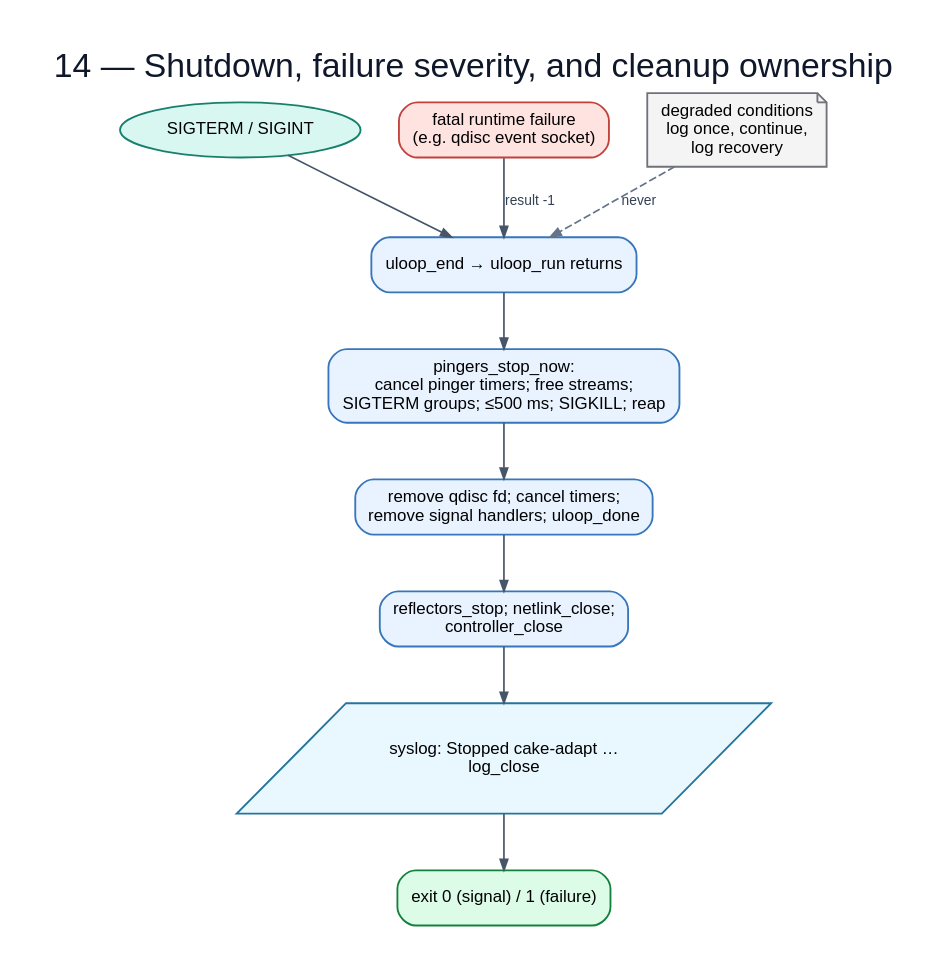
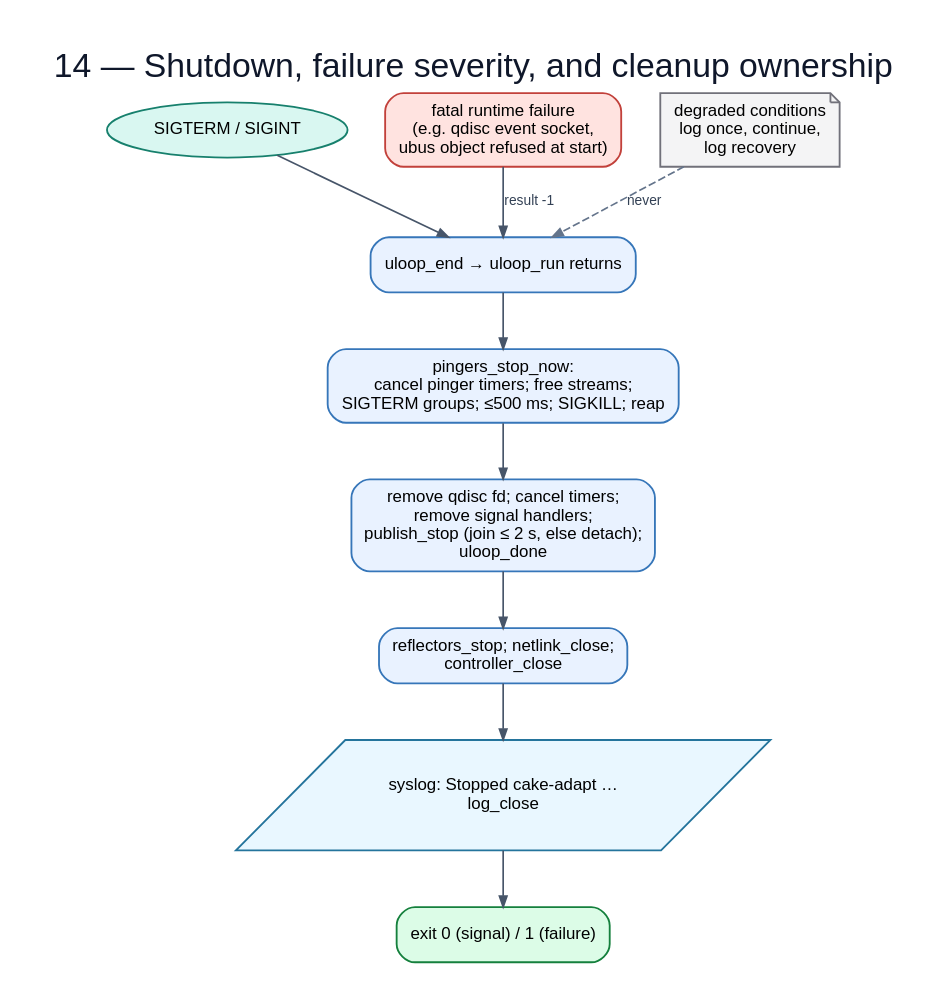
One commit to huydoan94/cake-adapt changed the diagram in flowchart/diagrams/14-shutdown-and-failure.dot. Above: the diagram before and after it, drawn with Graphviz. The commit also changed 15 other files, not shown here.

First line of the commit message:
docs, flowchart: LuCI app, ubus status, instance lock and service

```diff
--- a/flowchart/diagrams/14-shutdown-and-failure.dot
+++ b/flowchart/diagrams/14-shutdown-and-failure.dot
@@ -1,22 +1,22 @@
 digraph G {
   graph [rankdir=TB,bgcolor="white",pad="0.30",nodesep="0.35",ranksep="0.48",splines=polyline,fontname="Arial",label="14 — Shutdown, failure severity, and cleanup ownership",labelloc=t,fontsize=22,fontcolor="#0f172a"];
   node [fontname="Arial",fontsize=11,margin="0.14,0.09",penwidth=1.2];
   edge [fontname="Arial",fontsize=9,color="#475569",fontcolor="#334155",arrowsize=0.7,penwidth=1.1];
   sig [label="SIGTERM / SIGINT",shape=oval,style="filled",fillcolor="#d9f7f1",color="#17806d"];
-  fatal [label="fatal runtime failure\n(e.g. qdisc event socket)",shape=box,style="rounded,filled",fillcolor="#ffe3e0",color="#c2413b"];
+  fatal [label="fatal runtime failure\n(e.g. qdisc event socket,\nubus object refused at start)",shape=box,style="rounded,filled",fillcolor="#ffe3e0",color="#c2413b"];
   end [label="uloop_end → uloop_run returns",shape=box,style="rounded,filled",fillcolor="#e9f2ff",color="#3676b9"];
   pingers [label="pingers_stop_now:\ncancel pinger timers; free streams;\nSIGTERM groups; ≤500 ms; SIGKILL; reap",shape=box,style="rounded,filled",fillcolor="#e9f2ff",color="#3676b9"];
-  loop [label="remove qdisc fd; cancel timers;\nremove signal handlers; uloop_done",shape=box,style="rounded,filled",fillcolor="#e9f2ff",color="#3676b9"];
+  loop [label="remove qdisc fd; cancel timers;\nremove signal handlers;\npublish_stop (join ≤ 2 s, else detach);\nuloop_done",shape=box,style="rounded,filled",fillcolor="#e9f2ff",color="#3676b9"];
   free [label="reflectors_stop; netlink_close;\ncontroller_close",shape=box,style="rounded,filled",fillcolor="#e9f2ff",color="#3676b9"];
   log [label="syslog: Stopped cake-adapt …\nlog_close",shape=parallelogram,style="filled",fillcolor="#e9f7ff",color="#24749c"];
   exit [label="exit 0 (signal) / 1 (failure)",shape=box,style="rounded,filled,bold",fillcolor="#dcfce7",color="#15803d"];
   degraded [label="degraded conditions\nlog once, continue,\nlog recovery",shape=note,style="filled",fillcolor="#f4f4f5",color="#71717a"];
   sig -> end;
   fatal -> end [label="result -1"];
   end -> pingers;
   pingers -> loop;
   loop -> free;
   free -> log;
   log -> exit;
   degraded -> end [label="never",style=dashed,color="#64748b"];
 }
```
